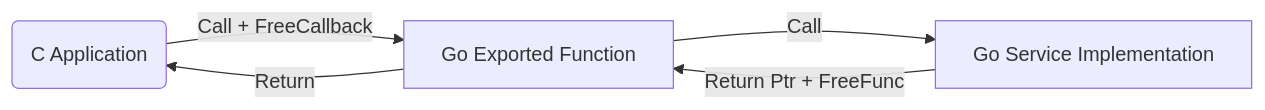
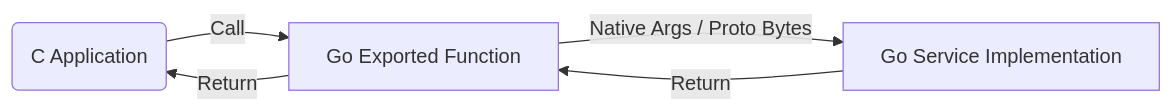
One commit to ygrpc/protocgen changed the diagram in openspec/changes/scaffold-cgo-generator/design.md. Above: the diagram before and after it, drawn with Mermaid. The commit also changed other lines of this file and 3 other files, not shown here.

Commit message:
spec:add native mode func for simple proto message

````diff
--- a/openspec/changes/scaffold-cgo-generator/design.md
+++ b/openspec/changes/scaffold-cgo-generator/design.md
@@ -9,7 +9,7 @@
 ```mermaid
 graph LR
-    CApp(C Application) -->|Call + FreeCallback| GoExport[Go Exported Function]
-    GoExport -->|Call| GoHandler[Go Service Implementation]
-    GoHandler -->|Return Ptr + FreeFunc| GoExport
+    CApp(C Application) -->|Call| GoExport[Go Exported Function]
+    GoExport -->|Native Args / Proto Bytes| GoHandler[Go Service Implementation]
+    GoHandler -->|Return| GoExport
     GoExport -->|Return| CApp
 ```
````
